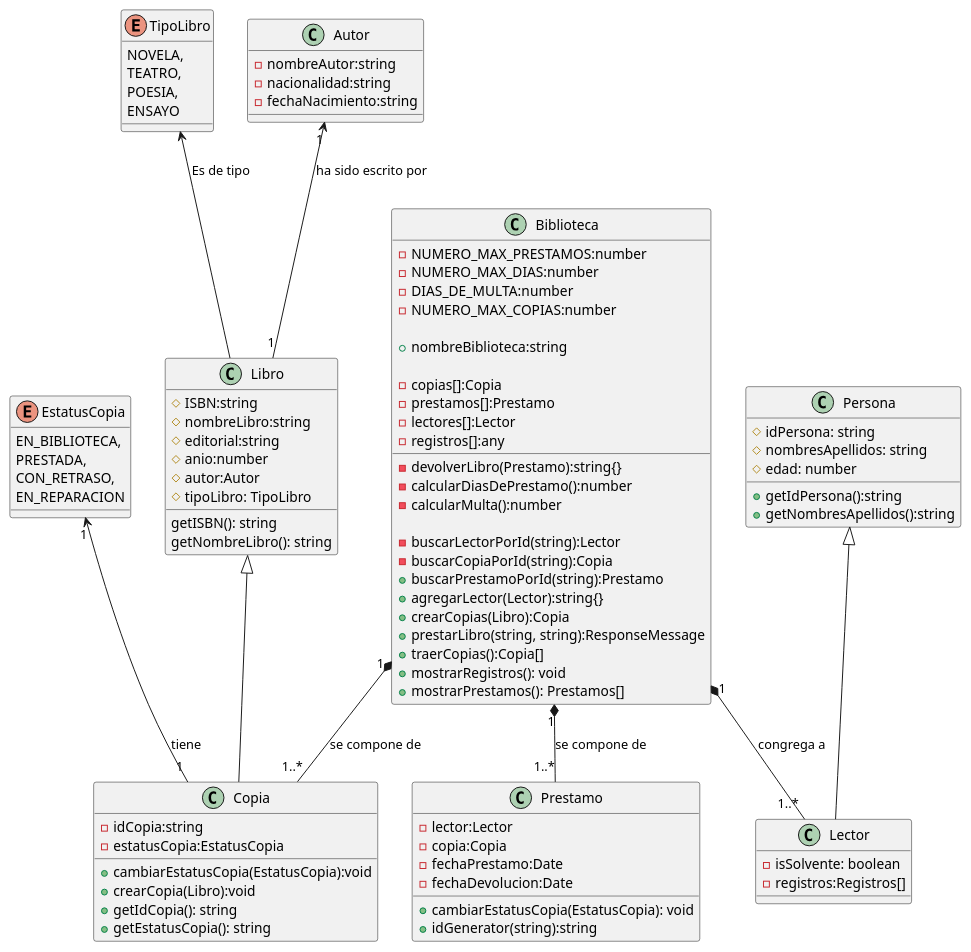
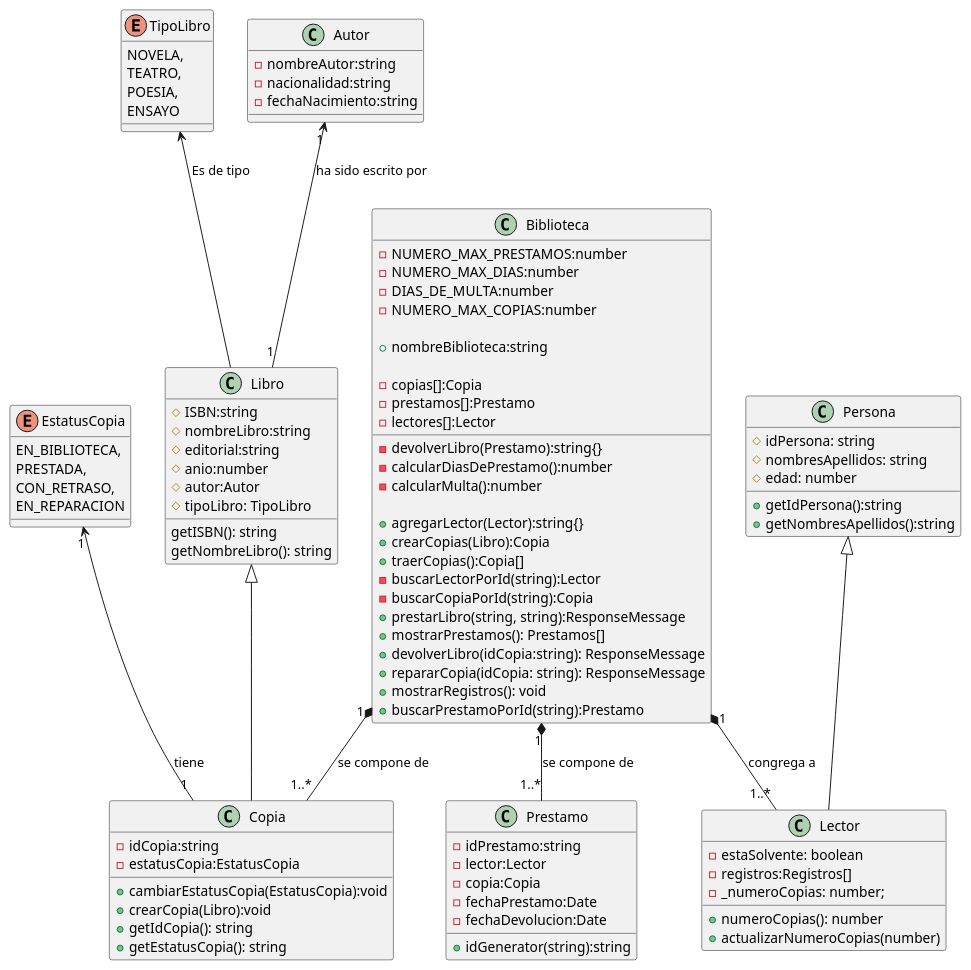
Before and after one commit to wilmansirit/UMLs: the diagram in Biblioteca/laBiblioteca.puml, drawn with PlantUML. The commit also changed 5 other files, not shown here.

```diff
--- a/Biblioteca/laBiblioteca.puml
+++ b/Biblioteca/laBiblioteca.puml
@@ -1,105 +1,110 @@
 @startuml "La biblioteca"
 
 class Libro {
     # ISBN:string
     # nombreLibro:string
     # editorial:string
     # anio:number
     # autor:Autor
     # tipoLibro: TipoLibro
 
     getISBN(): string
     getNombreLibro(): string
 
 }
 
 enum TipoLibro {
     NOVELA,
     TEATRO,
     POESIA,
     ENSAYO
 }
 
 class Autor {
     - nombreAutor:string
     - nacionalidad:string
     - fechaNacimiento:string
 }
 
 class Copia extends Libro {
     - idCopia:string
     - estatusCopia:EstatusCopia
     + cambiarEstatusCopia(EstatusCopia):void
     + crearCopia(Libro):void
     + getIdCopia(): string
     + getEstatusCopia(): string 
 }
 
 enum EstatusCopia {
     EN_BIBLIOTECA,
     PRESTADA,
     CON_RETRASO,
     EN_REPARACION
 }
 
 class Biblioteca {
 
     - NUMERO_MAX_PRESTAMOS:number
     - NUMERO_MAX_DIAS:number
     - DIAS_DE_MULTA:number
     - NUMERO_MAX_COPIAS:number
 
     + nombreBiblioteca:string
 
     - copias[]:Copia
     - prestamos[]:Prestamo
     - lectores[]:Lector
-    - registros[]:any
-
     - devolverLibro(Prestamo):string{}
     - calcularDiasDePrestamo():number
     - calcularMulta():number
 
+    + agregarLector(Lector):string{}
+    + crearCopias(Libro):Copia
+    + traerCopias():Copia[]
     - buscarLectorPorId(string):Lector
     - buscarCopiaPorId(string):Copia
+    + prestarLibro(string, string):ResponseMessage
+    + mostrarPrestamos(): Prestamos[]
+    + devolverLibro(idCopia:string): ResponseMessage 
+    + repararCopia(idCopia: string): ResponseMessage
+    + mostrarRegistros(): void
     + buscarPrestamoPorId(string):Prestamo
-    + agregarLector(Lector):string{}
-    + crearCopias(Libro):Copia
-    + prestarLibro(string, string):ResponseMessage
-    + traerCopias():Copia[]
-    + mostrarRegistros(): void
-    + mostrarPrestamos(): Prestamos[]
 }
 
 class Persona {
     # idPersona: string
     # nombresApellidos: string
     # edad: number
 
     + getIdPersona():string
     + getNombresApellidos():string
 }
 
 class Lector extends Persona{
-    - isSolvente: boolean
+    - estaSolvente: boolean
     - registros:Registros[]
+    - _numeroCopias: number;
+
+    + numeroCopias(): number
+    + actualizarNumeroCopias(number)
+
 }
 
 class Prestamo {
+    - idPrestamo:string
     - lector:Lector
     - copia:Copia
     - fechaPrestamo:Date
     - fechaDevolucion:Date
 
-    + cambiarEstatusCopia(EstatusCopia): void
     + idGenerator(string):string
 }
 
 TipoLibro <-- Libro: "Es de tipo"
 Autor "1" <-- "1" Libro: "ha sido escrito por"
 EstatusCopia "1" <-- "1" Copia: "tiene"
 Biblioteca "1" *-- "1..*" Lector: "congrega a"
 Biblioteca "1" *-- "1..*" Copia: "se compone de"
 Biblioteca "1" *-- "1..*" Prestamo: "se compone de"
 
 @enduml
```
